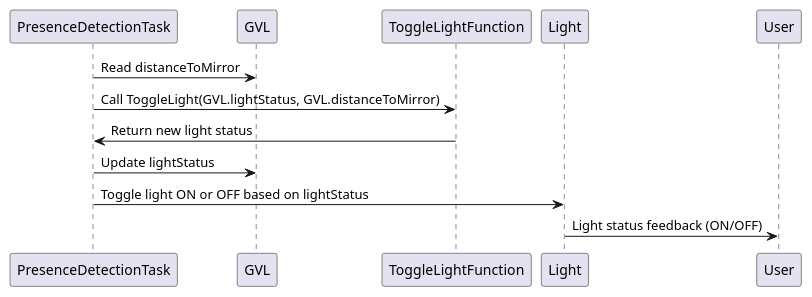
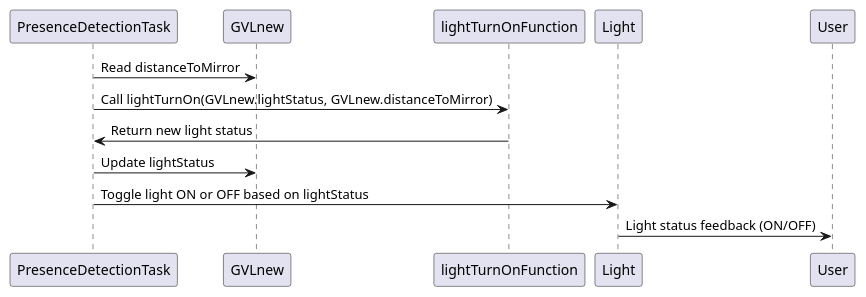
The diagram in src/chapter_4.md (xinhailing/Individual_Sequence_Diagram_Yaya), drawn with PlantUML before and after one commit. The commit also changed other lines of this file and 2 other files, not shown here.

Commit message:
Finish editing chapter 4

````diff
--- a/src/chapter_4.md
+++ b/src/chapter_4.md
@@ -2,17 +2,17 @@
 ```plantuml
 @startuml
 participant PresenceDetectionTask
-participant GVL
-participant ToggleLightFunction
+participant GVLnew
+participant lightTurnOnFunction
 participant Light
 
-PresenceDetectionTask -> GVL: Read distanceToMirror
-PresenceDetectionTask -> ToggleLightFunction: Call ToggleLight(GVL.lightStatus, GVL.distanceToMirror)
-ToggleLightFunction -> PresenceDetectionTask: Return new light status
+PresenceDetectionTask -> GVLnew: Read distanceToMirror
+PresenceDetectionTask -> lightTurnOnFunction: Call lightTurnOn(GVLnew.lightStatus, GVLnew.distanceToMirror)
+lightTurnOnFunction -> PresenceDetectionTask: Return new light status
 
-PresenceDetectionTask -> GVL: Update lightStatus
+PresenceDetectionTask -> GVLnew: Update lightStatus
 PresenceDetectionTask -> Light: Toggle light ON or OFF based on lightStatus
 Light -> User: Light status feedback (ON/OFF)
 @enduml
 
 ```
````
